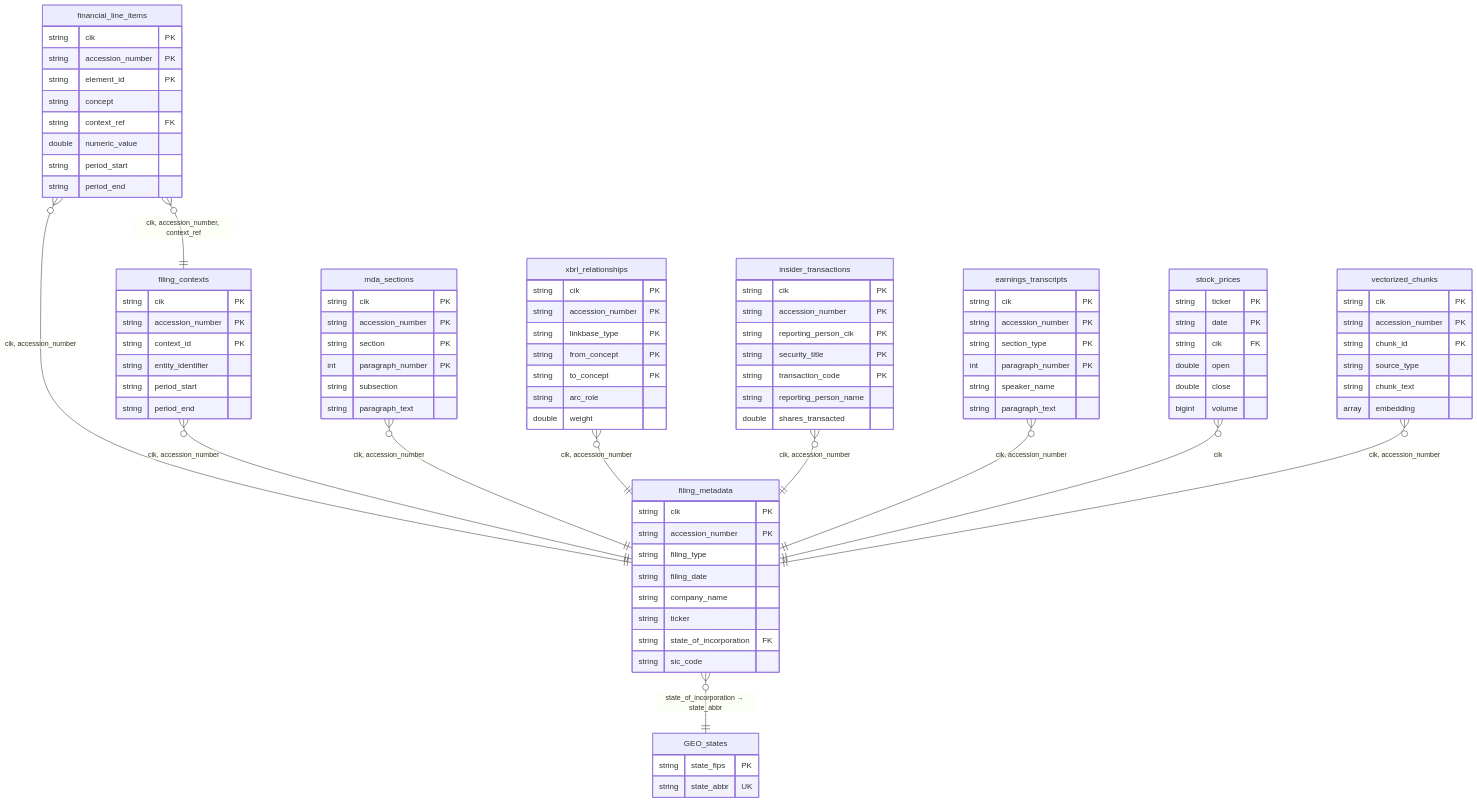
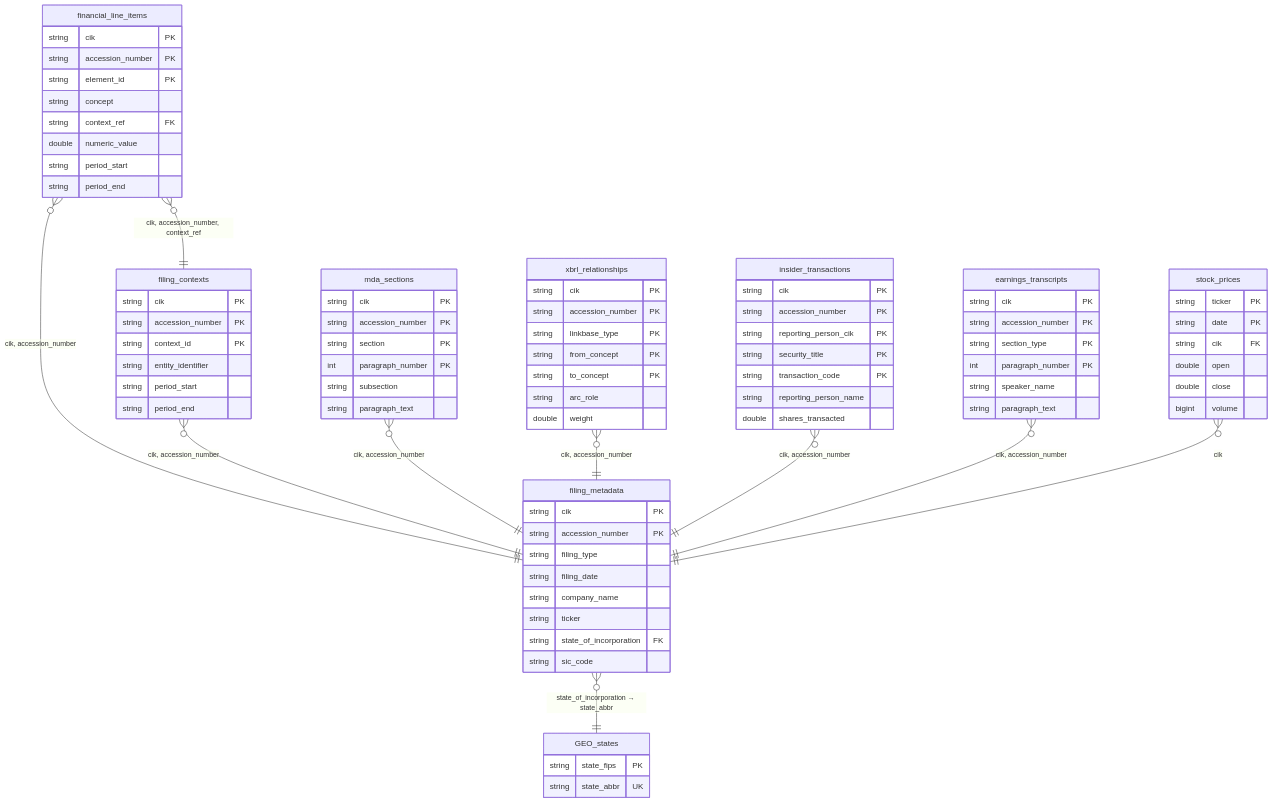
The second of 10 diagrams in govdata/docs/schemas/relationships.md (kenstott/calcite), drawn with Mermaid before and after one commit. The commit also changed other lines of this file and 7 other files, not shown here.

First line of the commit message:
fix(govdata/sec): remove dead sec.vectorized_chunks flag/refs, point docs at ref.vectorized_chunks

````diff
--- a/govdata/docs/schemas/relationships.md
+++ b/govdata/docs/schemas/relationships.md
@@ -197,15 +197,6 @@
         bigint volume
     }
 
-    vectorized_chunks {
-        string cik PK
-        string accession_number PK
-        string chunk_id PK
-        string source_type
-        string chunk_text
-        array embedding
-    }
-
     GEO_states {
         string state_fips PK
         string state_abbr UK
@@ -220,6 +211,5 @@
     insider_transactions }o--|| filing_metadata : "cik, accession_number"
     earnings_transcripts }o--|| filing_metadata : "cik, accession_number"
     stock_prices }o--|| filing_metadata : "cik"
-    vectorized_chunks }o--|| filing_metadata : "cik, accession_number"
     filing_metadata }o--|| GEO_states : "state_of_incorporation → state_abbr"
 ```
````
